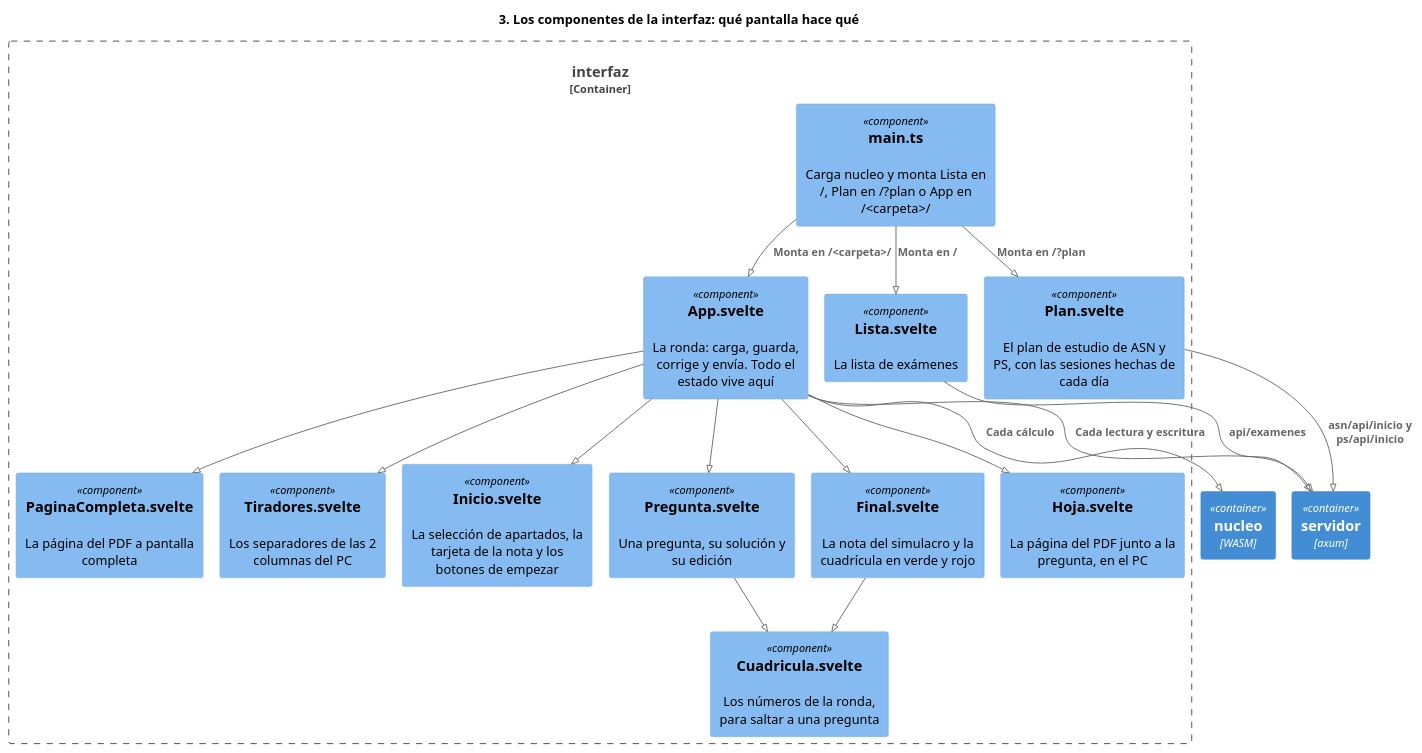
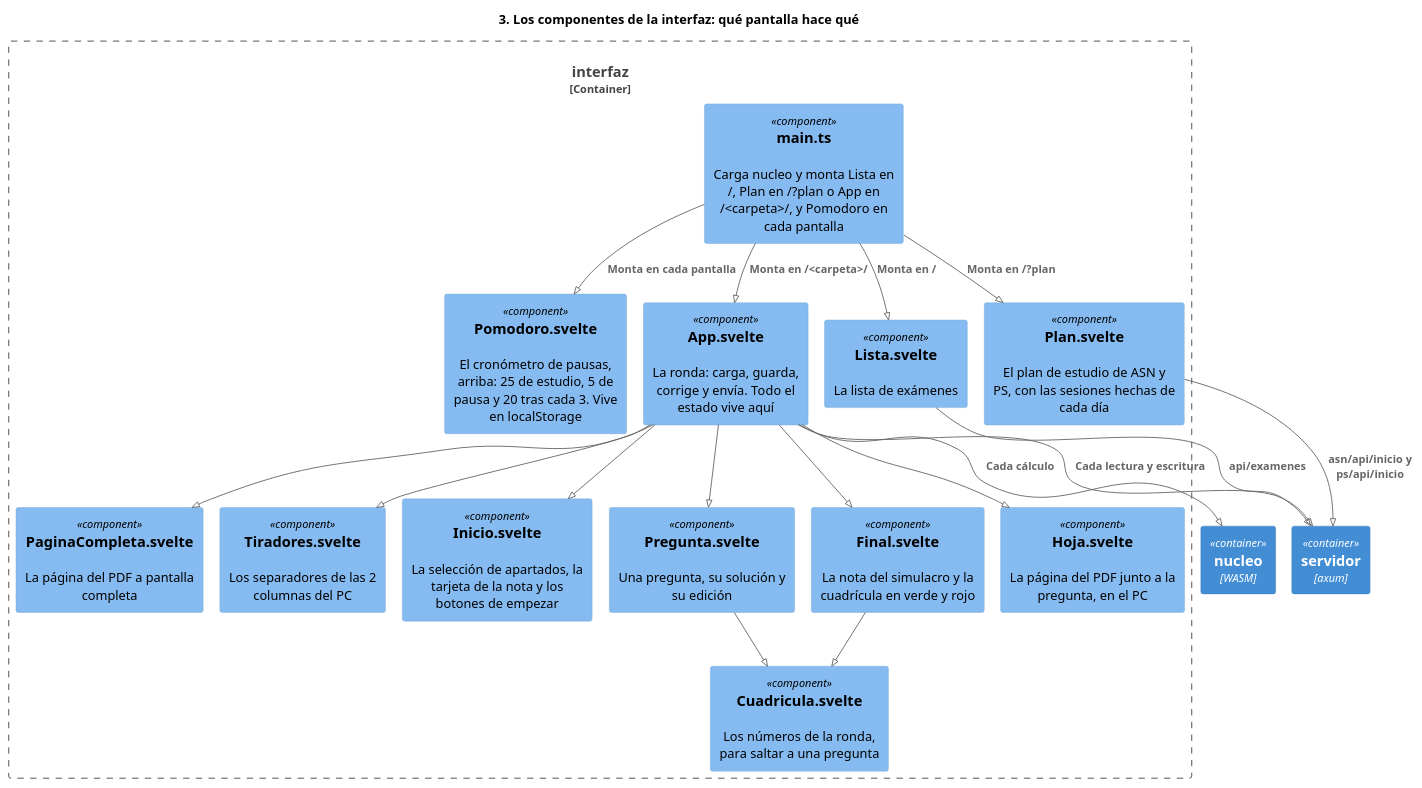
The diagram in docs/diagramas/3-interfaz.puml (jfdg01/examenes), drawn with PlantUML before and after one commit. The commit also changed 5 other files, not shown here.

First line of the commit message:
feat: el cronómetro de pausas, arriba en cada pantalla

```diff
--- a/docs/diagramas/3-interfaz.puml
+++ b/docs/diagramas/3-interfaz.puml
@@ -1,38 +1,40 @@
 @startuml 3-interfaz
 !pragma layout smetana
 !include <C4/C4_Component>
 title 3. Los componentes de la interfaz: qué pantalla hace qué
 
 Container(servidor, "servidor", "axum")
 Container(nucleo, "nucleo", "WASM")
 
 Container_Boundary(interfaz, "interfaz") {
-  Component(main, "main.ts", "", "Carga nucleo y monta Lista en /, Plan en /?plan o App en /<carpeta>/")
+  Component(main, "main.ts", "", "Carga nucleo y monta Lista en /, Plan en /?plan o App en /<carpeta>/, y Pomodoro en cada pantalla")
+  Component(pomodoro, "Pomodoro.svelte", "", "El cronómetro de pausas, arriba: 25 de estudio, 5 de pausa y 20 tras cada 3. Vive en localStorage")
   Component(lista, "Lista.svelte", "", "La lista de exámenes")
   Component(plan, "Plan.svelte", "", "El plan de estudio de ASN y PS, con las sesiones hechas de cada día")
   Component(app, "App.svelte", "", "La ronda: carga, guarda, corrige y envía. Todo el estado vive aquí")
   Component(inicio, "Inicio.svelte", "", "La selección de apartados, la tarjeta de la nota y los botones de empezar")
   Component(pregunta, "Pregunta.svelte", "", "Una pregunta, su solución y su edición")
   Component(final, "Final.svelte", "", "La nota del simulacro y la cuadrícula en verde y rojo")
   Component(cuadricula, "Cuadricula.svelte", "", "Los números de la ronda, para saltar a una pregunta")
   Component(hoja, "Hoja.svelte", "", "La página del PDF junto a la pregunta, en el PC")
   Component(pagina, "PaginaCompleta.svelte", "", "La página del PDF a pantalla completa")
   Component(tiradores, "Tiradores.svelte", "", "Los separadores de las 2 columnas del PC")
 }
 
 Rel(main, lista, "Monta en /")
 Rel(main, app, "Monta en /<carpeta>/")
 Rel(lista, servidor, "api/examenes")
 Rel(main, plan, "Monta en /?plan")
+Rel(main, pomodoro, "Monta en cada pantalla")
 Rel(plan, servidor, "asn/api/inicio y ps/api/inicio")
 Rel(app, inicio, "")
 Rel(app, pregunta, "")
 Rel(app, final, "")
 Rel(app, hoja, "")
 Rel(app, pagina, "")
 Rel(app, tiradores, "")
 Rel(pregunta, cuadricula, "")
 Rel(final, cuadricula, "")
 Rel(app, nucleo, "Cada cálculo")
 Rel(app, servidor, "Cada lectura y escritura")
 @enduml
```
